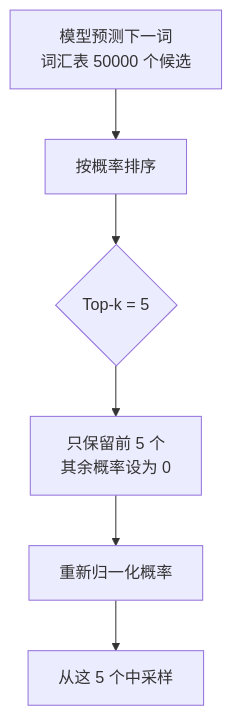
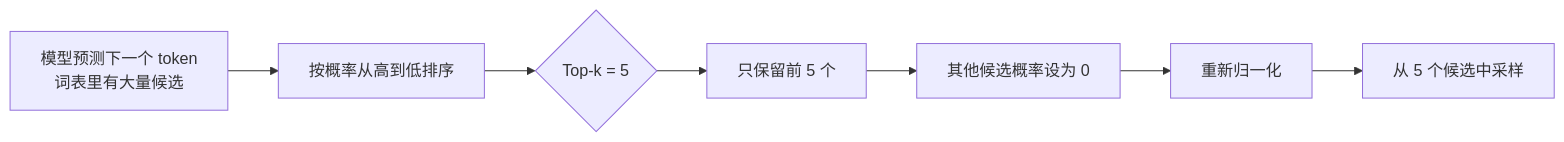
The third of 5 diagrams in docs/basics/temperature-sampling.md (Unclecheng-li/Hello-AI), drawn with Mermaid before and after one commit. The commit also changed other lines of this file and 33 other files, not shown here.

````diff
--- a/docs/basics/temperature-sampling.md
+++ b/docs/basics/temperature-sampling.md
@@ -77,8 +212,9 @@
-```mermaid
-flowchart TD
-    A[模型预测下一词<br/>词汇表 50000 个候选] --> B[按概率排序]
+~~~mermaid
+flowchart LR
+    A[模型预测下一个 token<br/>词表里有大量候选] --> B[按概率从高到低排序]
     B --> C{Top-k = 5}
-    C --> D[只保留前 5 个<br/>其余概率设为 0]
-    D --> E[重新归一化概率]
-    E --> F[从这 5 个中采样]
-```
+    C --> D[只保留前 5 个]
+    D --> E[其他候选概率设为 0]
+    E --> F[重新归一化]
+    F --> G[从 5 个候选中采样]
+~~~
````
